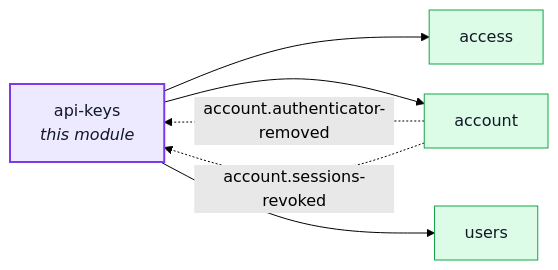
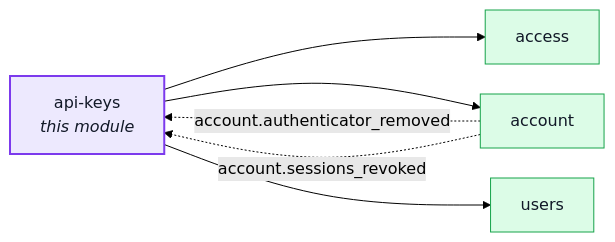
One commit to Guebbit/boilerplate-node-backend changed the first of 3 diagrams in docs/modules/api-keys.md. Above: the diagram before and after it, drawn with Mermaid (forest theme). The commit also changed other lines of this file and 301 other files, not shown here.

````diff
--- a/docs/modules/api-keys.md
+++ b/docs/modules/api-keys.md
@@ -20,21 +20,21 @@
 ```mermaid
 %%{init: {'flowchart': {'nodeSpacing': 30, 'rankSpacing': 60}}}%%
 flowchart LR
     api_keys["api-keys<br/><i>this module</i>"]
     access["access"]
     account["account"]
     users["users"]
 
     api_keys --> access
     api_keys --> account
     api_keys --> users
-    account -. "account.authenticator-removed" .-> api_keys
-    account -. "account.sessions-revoked" .-> api_keys
+    account -. "account.authenticator_removed" .-> api_keys
+    account -. "account.sessions_revoked" .-> api_keys
 
     classDef core fill:#dbeafe,stroke:#2563eb,color:#111827;
     classDef supporting fill:#fef3c7,stroke:#d97706,color:#111827;
     classDef generic fill:#dcfce7,stroke:#16a34a,color:#111827;
     classDef centre fill:#ede9fe,stroke:#7c3aed,stroke-width:2px,color:#111827;
     class access,account,users generic;
     class api_keys centre;
 ```
````
